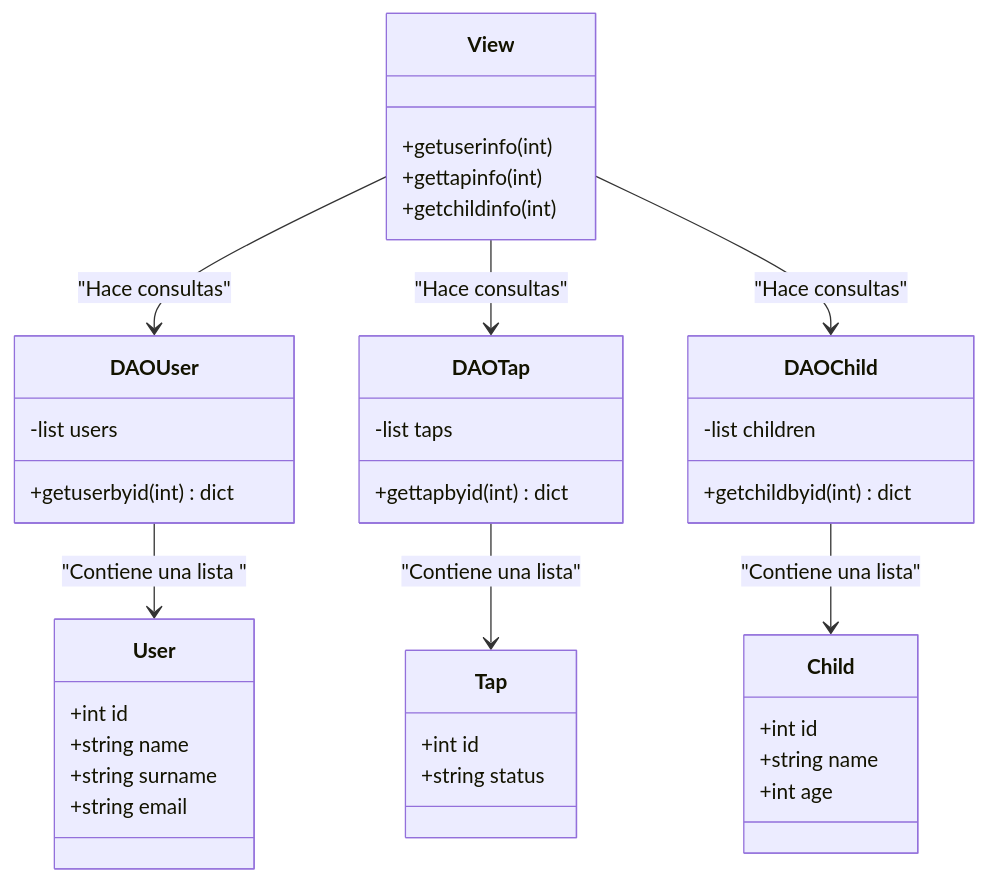
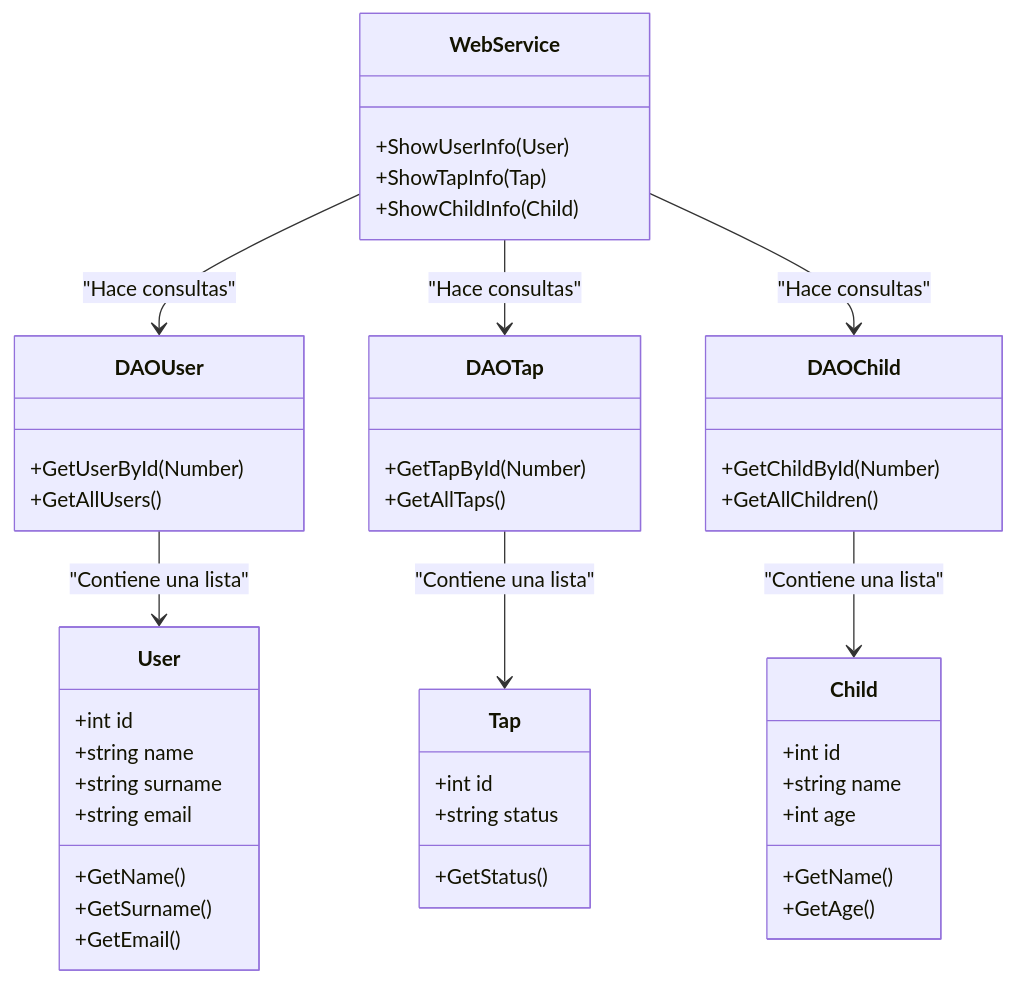
One commit to Dariella06/TapaTapp changed the diagram in prototipo2/backend.mermaid. Above: the diagram before and after it, drawn with Mermaid. The commit also changed other lines of this file and 1 other file, not shown here.

```diff
--- a/prototipo2/backend.mermaid
+++ b/prototipo2/backend.mermaid
@@ -1,47 +1,52 @@
 classDiagram
-    View --> DAOUser : "Hace consultas"
-    View --> DAOTap : "Hace consultas"
-    View --> DAOChild : "Hace consultas"
-    DAOUser --> User : "Contiene una lista "
+    WebService --> DAOUser : "Hace consultas"
+    WebService --> DAOTap : "Hace consultas"
+    WebService --> DAOChild : "Hace consultas"
+    DAOUser --> User : "Contiene una lista"
     DAOTap --> Tap : "Contiene una lista"
     DAOChild --> Child : "Contiene una lista"
 
-    
-    class View {
-        +getuserinfo(int)
-        +gettapinfo(int)
-        +getchildinfo(int)
+    class WebService {
+        +ShowUserInfo(User)
+        +ShowTapInfo(Tap)
+        +ShowChildInfo(Child)
     }
 
     class DAOUser {
-        -list users
-        +getuserbyid(int) dict
+        +GetUserById(Number)
+        +GetAllUsers()
     }
 
     class DAOTap {
-        -list taps
-        +gettapbyid(int) dict
+        +GetTapById(Number)
+        +GetAllTaps()
     }
 
     class DAOChild {
-        -list children
-        +getchildbyid(int) dict
+        +GetChildById(Number)
+        +GetAllChildren()
     }
 
     class User {
         +int id
         +string name
         +string surname
         +string email
+        +GetName()
+        +GetSurname()
+        +GetEmail()
     }
 
     class Tap {
         +int id
         +string status
+        +GetStatus()
     }
 
     class Child {
         +int id
         +string name
         +int age
+        +GetName()
+        +GetAge()
     }
```
